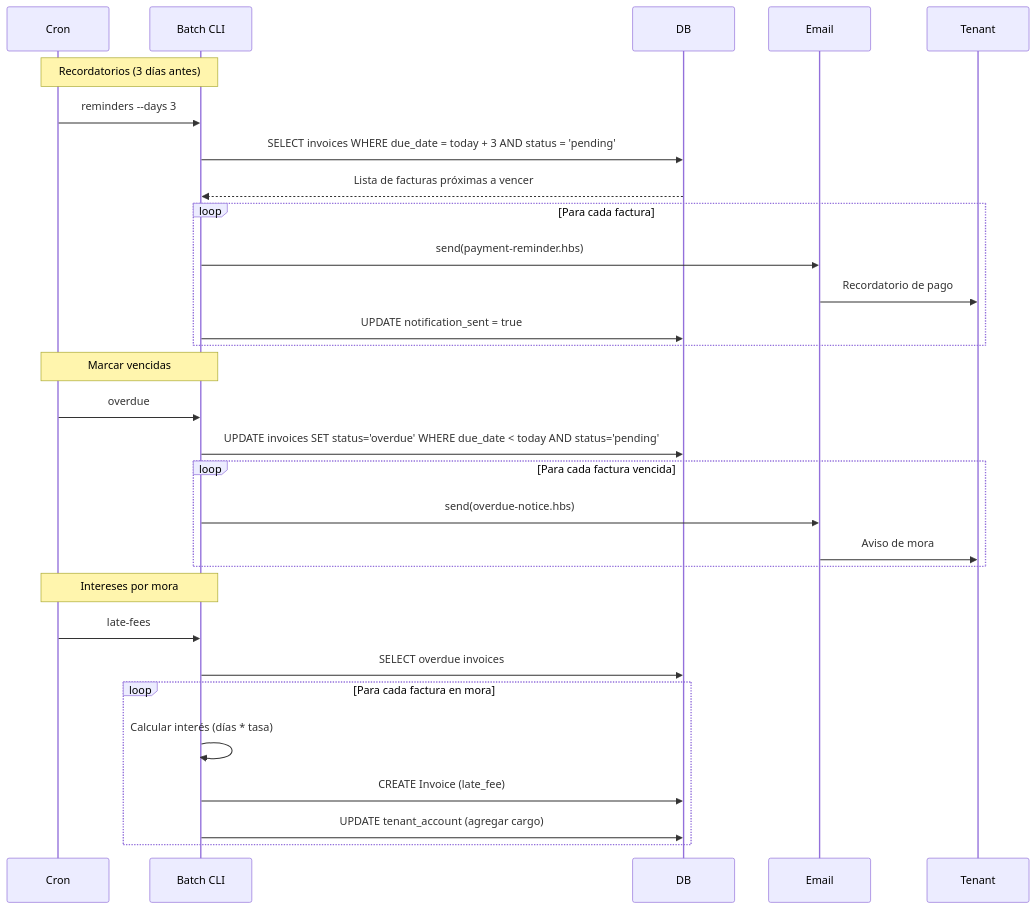
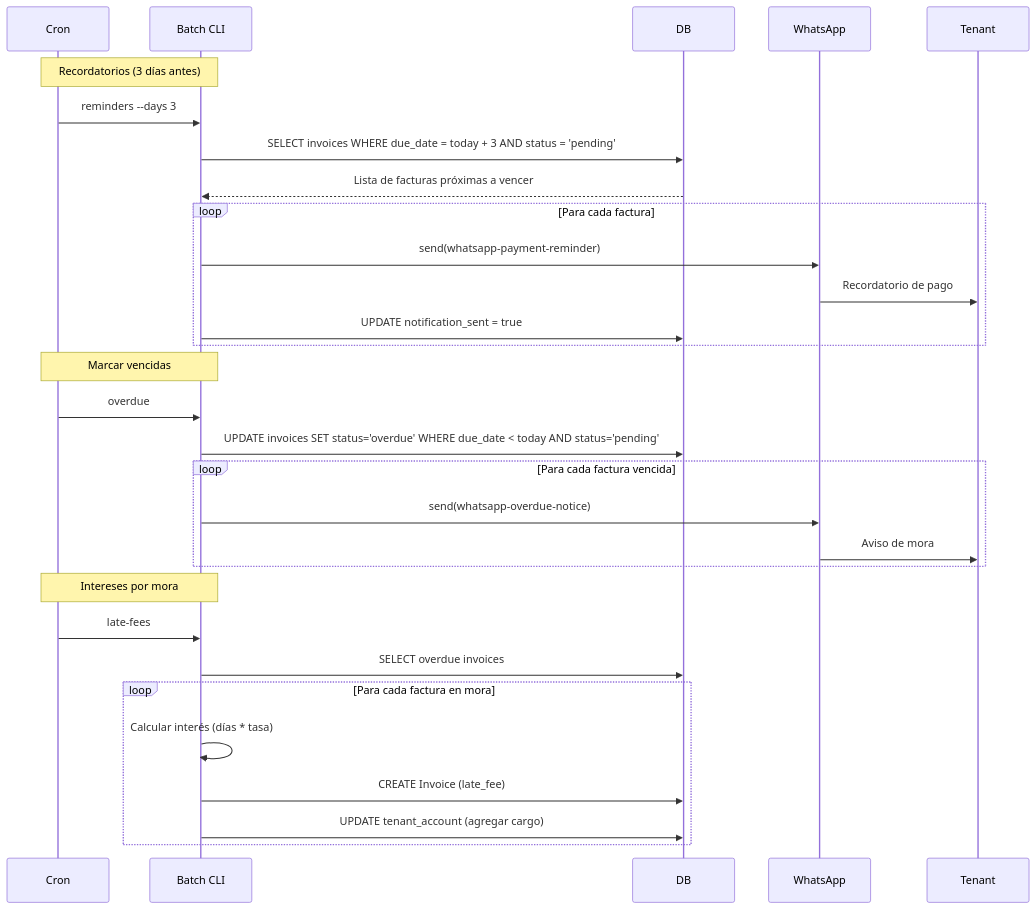
One commit to andrescastiglia/rent changed diagram 14 of 14 in docs/technical/sequence.md. Above: the diagram before and after it, drawn with Mermaid. The commit also changed other lines of this file and 33 other files, not shown here.

First line of the commit message:
feat: integrate WhatsApp messaging for notifications and reminders

````diff
--- a/docs/technical/sequence.md
+++ b/docs/technical/sequence.md
@@ -482,38 +482,38 @@
 ```mermaid
 sequenceDiagram
     participant Cron
     participant Batch as Batch CLI
     participant DB
-    participant Email
+    participant WhatsApp
     participant Tenant
 
     Note over Cron,Batch: Recordatorios (3 días antes)
     Cron->>Batch: reminders --days 3
     Batch->>DB: SELECT invoices WHERE due_date = today + 3 AND status = 'pending'
     DB-->>Batch: Lista de facturas próximas a vencer
     
     loop Para cada factura
-        Batch->>Email: send(payment-reminder.hbs)
-        Email->>Tenant: Recordatorio de pago
+        Batch->>WhatsApp: send(whatsapp-payment-reminder)
+        WhatsApp->>Tenant: Recordatorio de pago
         Batch->>DB: UPDATE notification_sent = true
     end
     
     Note over Cron,Batch: Marcar vencidas
     Cron->>Batch: overdue
     Batch->>DB: UPDATE invoices SET status='overdue' WHERE due_date < today AND status='pending'
     
     loop Para cada factura vencida
-        Batch->>Email: send(overdue-notice.hbs)
-        Email->>Tenant: Aviso de mora
+        Batch->>WhatsApp: send(whatsapp-overdue-notice)
+        WhatsApp->>Tenant: Aviso de mora
     end
     
     Note over Cron,Batch: Intereses por mora
     Cron->>Batch: late-fees
     Batch->>DB: SELECT overdue invoices
     
     loop Para cada factura en mora
         Batch->>Batch: Calcular interés (días * tasa)
         Batch->>DB: CREATE Invoice (late_fee)
         Batch->>DB: UPDATE tenant_account (agregar cargo)
     end
 ```
````
